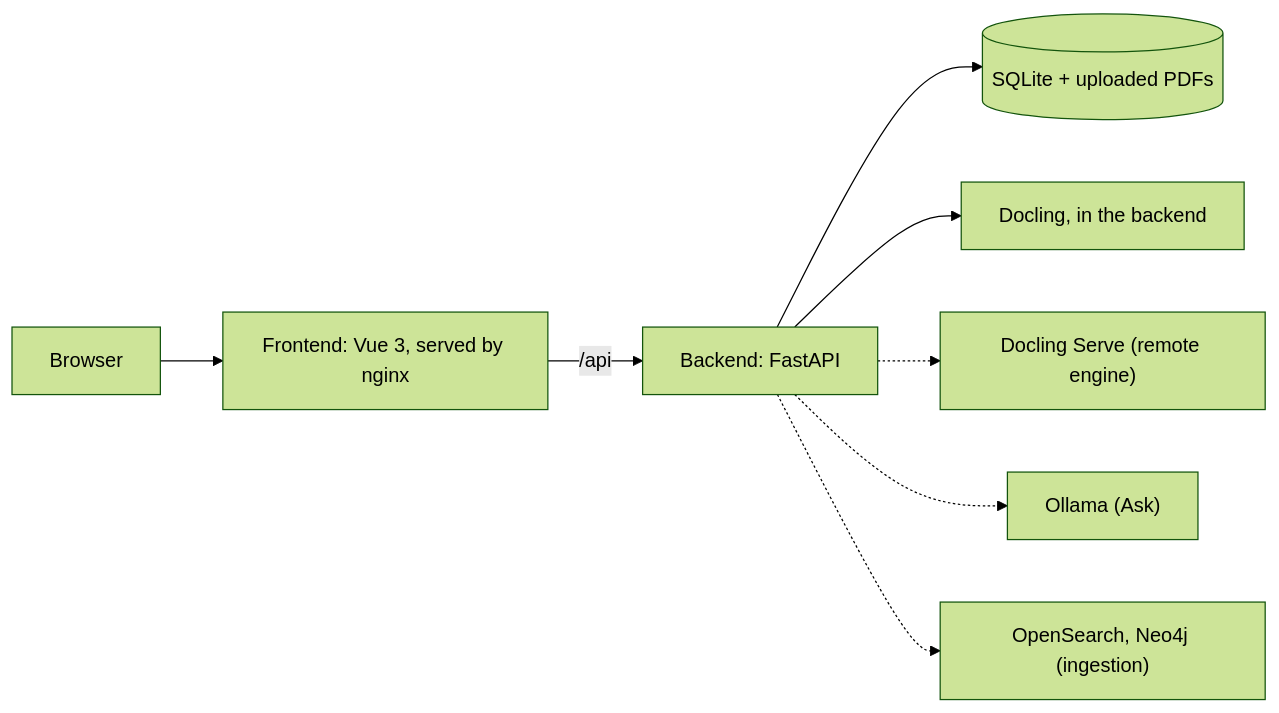
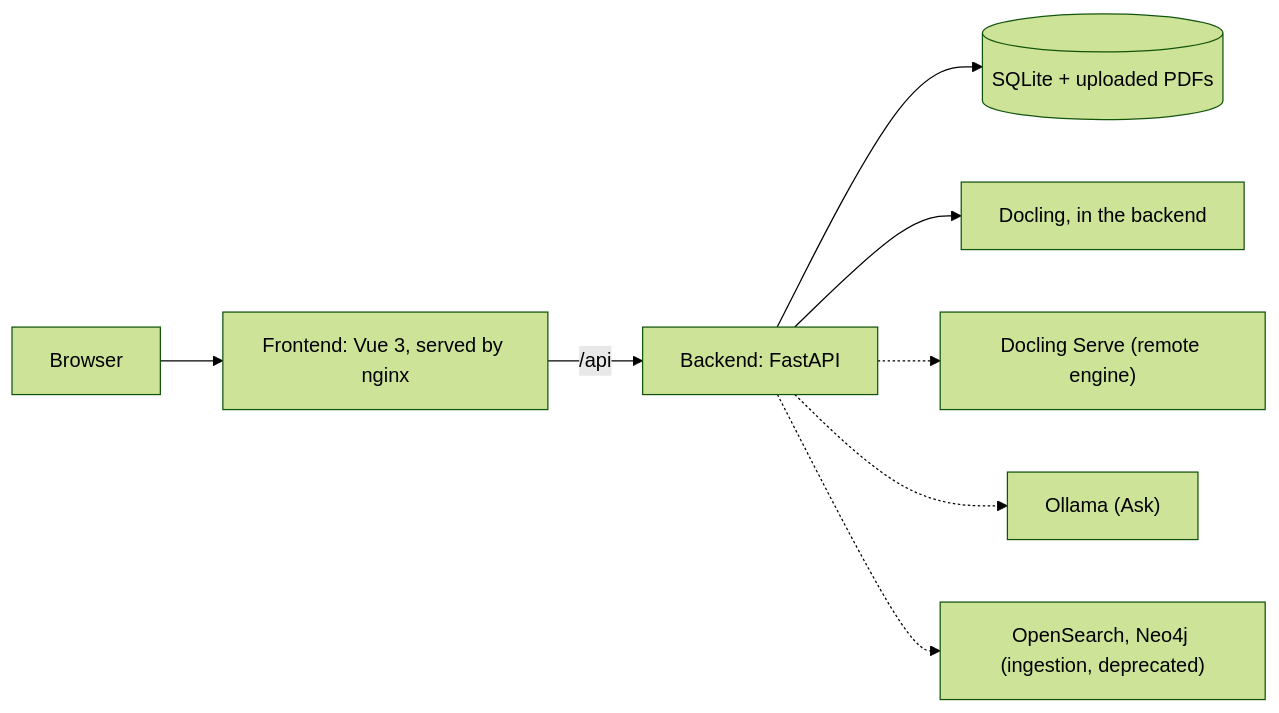
One commit to scub-france/SmolDocling-visualizer changed the first of 3 diagrams in docs/architecture.md. Above: the diagram before and after it, drawn with Mermaid (forest theme). The commit also changed other lines of this file and 9 other files, not shown here.

First line of the commit message:
docs: mark ingestion as deprecated, removed in 0.8.0 (#340)

````diff
--- a/docs/architecture.md
+++ b/docs/architecture.md
@@ -5,10 +5,10 @@
 ```mermaid
 flowchart LR
     Browser --> Front["Frontend: Vue 3, served by nginx"]
     Front -->|/api| Back["Backend: FastAPI"]
     Back --> DB[("SQLite + uploaded PDFs")]
     Back --> Docling["Docling, in the backend"]
     Back -.-> Serve["Docling Serve (remote engine)"]
     Back -.-> Ollama["Ollama (Ask)"]
-    Back -.-> Stores["OpenSearch, Neo4j (ingestion)"]
+    Back -.-> Stores["OpenSearch, Neo4j (ingestion, deprecated)"]
 ```
````
